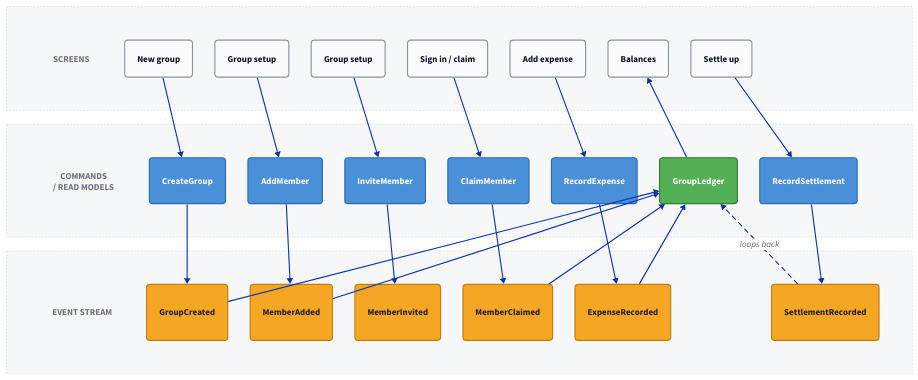
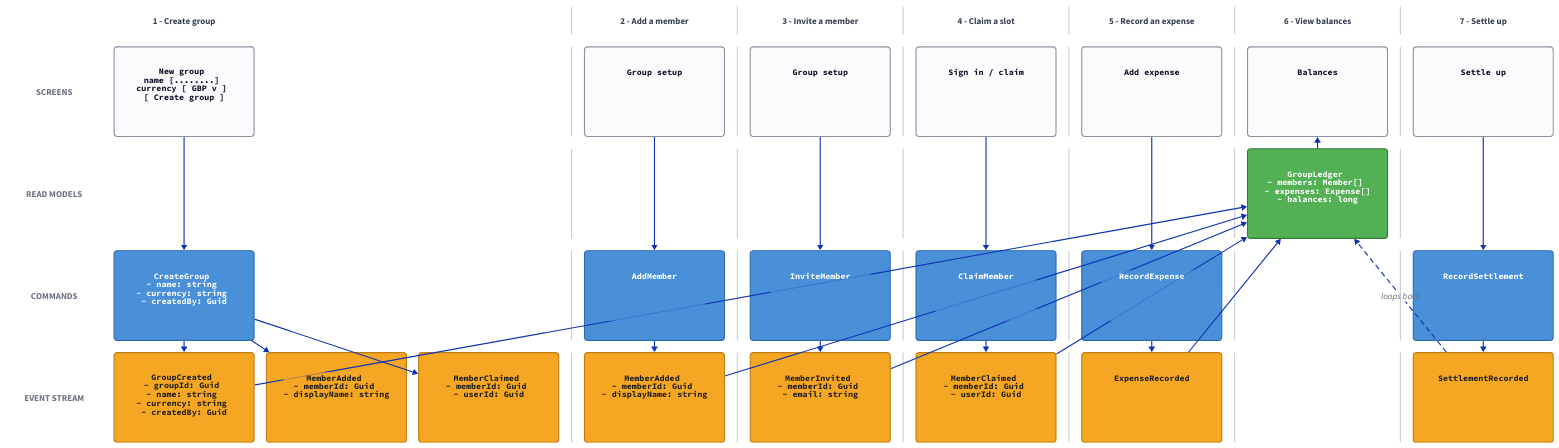
Before and after one commit to MartinFaartoft/share-expenses: the diagram in docs/event-model/happy-path.d2, drawn with D2. The commit also changed 6 other files, not shown here.

First line of the commit message:
Promote event model to YAML with a validating generator

```diff
--- a/docs/event-model/happy-path.d2
+++ b/docs/event-model/happy-path.d2
@@ -1,83 +1,158 @@
-# Event model - happy path
-# Lanes: SCREENS / COMMANDS+READ MODELS / EVENT STREAM.  Time runs left to right.
-# Each column is one slice, and every slice is exactly one pattern:
-#   command slice = screen -> command -> event
-#   view slice    = events -> read model -> screen
+# GENERATED from event-model.yaml by generate.py - do not edit.
+#
+# Rows: 1 slice names, 2 SCREENS, 3 READ MODELS, 4 COMMANDS, 5 EVENT STREAM.
+# Read models sit by the screens they feed and commands by the events they emit,
+# so the arrow for either pattern is only ever one row long.
+# Column 1 holds lane labels, slices are separated by a 2px divider column, and
+# every other column is one event slot: time runs left to right.
+
+grid-rows: 5
+horizontal-gap: 22
+vertical-gap: 22
 
 classes: {
-  lane: {
-    style: { fill: "#f6f7f9"; stroke: "#d0d4db"; stroke-dash: 3; stroke-width: 1 }
+  lanelabel: {
+    width: 170; height: 160
+    style: { fill: transparent; stroke-width: 0; font-color: "#6b7280"; bold: true }
   }
-  lanelabel: {
-    style: { fill: "#f6f7f9"; stroke-width: 0; font-color: "#6b7280"; bold: true }
+  slicename: {
+    width: 250; height: 50
+    style: { fill: transparent; stroke-width: 0; font-color: "#374151"; bold: true }
   }
-  spacer: { style: { opacity: 0 } }
+  lgapN: { width: 170;    height: 50;  style: { opacity: 0 } }
+  gapN:  { width: 250; height: 50;  style: { opacity: 0 } }
+  divN:  { width: 2;      height: 50;  style: { fill: "#c9ced8"; stroke-width: 0 } }
+  div:   { width: 2;      height: 160; style: { fill: "#c9ced8"; stroke-width: 0 } }
+  gap:   { width: 250; height: 160; style: { opacity: 0 } }
   screen: {
-    style: { fill: "#fbfbfd"; stroke: "#8c93a0"; stroke-width: 2; border-radius: 6 }
+    width: 250; height: 160
+    style: { font: mono; font-size: 15; fill: "#fbfbfd"; stroke: "#8c93a0"; stroke-width: 2; border-radius: 6 }
   }
   command: {
-    style: { fill: "#4a90d9"; stroke: "#2b6cb0"; font-color: "#ffffff"; border-radius: 6 }
+    width: 250; height: 160
+    style: { font: mono; font-size: 15; fill: "#4a90d9"; stroke: "#2b6cb0"; font-color: "#ffffff"; border-radius: 6 }
   }
   event: {
-    style: { fill: "#f5a623"; stroke: "#c07d12"; font-color: "#1f1f1f"; border-radius: 6 }
+    width: 250; height: 160
+    style: { font: mono; font-size: 15; fill: "#f5a623"; stroke: "#c07d12"; font-color: "#1f1f1f"; border-radius: 6 }
   }
   view: {
-    style: { fill: "#54b054"; stroke: "#357935"; font-color: "#ffffff"; border-radius: 6 }
+    width: 250; height: 160
+    style: { font: mono; font-size: 15; fill: "#54b054"; stroke: "#357935"; font-color: "#ffffff"; border-radius: 6 }
   }
 }
 
-grid-rows: 3
-horizontal-gap: 24
-vertical-gap: 24
+# ===== row 1: slice names =====
+q0: "" { class: lgapN }
+n0: "1 - Create group                        " { class: slicename }
+gpN0_1: "" { class: gapN }
+gpN0_2: "" { class: gapN }
+dvN1: "" { class: divN }
+n1: "2 - Add a member                        " { class: slicename }
+dvN2: "" { class: divN }
+n2: "3 - Invite a member                     " { class: slicename }
+dvN3: "" { class: divN }
+n3: "4 - Claim a slot                        " { class: slicename }
+dvN4: "" { class: divN }
+n4: "5 - Record an expense                   " { class: slicename }
+dvN5: "" { class: divN }
+n5: "6 - View balances                       " { class: slicename }
+dvN6: "" { class: divN }
+n6: "7 - Settle up                           " { class: slicename }
 
-ui: "" { class: lane
-  grid-columns: 8
-  lbl: "SCREENS"            { class: lanelabel }
-  s1:  "New group"          { class: screen }
-  s2:  "Group setup"        { class: screen }
-  s3:  "Group setup"        { class: screen }
-  s4:  "Sign in / claim"    { class: screen }
-  s5:  "Add expense"        { class: screen }
-  s6:  "Balances"           { class: screen }
-  s7:  "Settle up"          { class: screen }
-}
+# ===== row 2: screens =====
+l2: "SCREENS" { class: lanelabel }
+s0: "New group            \n                     \nname      [........] \ncurrency  [ GBP  v ] \n                     \n  [ Create group ]   " { class: screen }
+gp2_0_1: "" { class: gap }
+gp2_0_2: "" { class: gap }
+dv2_1: "" { class: div }
+s1: "Group setup          \n                     \n                     \n                     \n                     \n                     " { class: screen }
+dv2_2: "" { class: div }
+s2: "Group setup          \n                     \n                     \n                     \n                     \n                     " { class: screen }
+dv2_3: "" { class: div }
+s3: "Sign in / claim      \n                     \n                     \n                     \n                     \n                     " { class: screen }
+dv2_4: "" { class: div }
+s4: "Add expense          \n                     \n                     \n                     \n                     \n                     " { class: screen }
+dv2_5: "" { class: div }
+s5: "Balances             \n                     \n                     \n                     \n                     \n                     " { class: screen }
+dv2_6: "" { class: div }
+s6: "Settle up            \n                     \n                     \n                     \n                     \n                     " { class: screen }
 
-mid: "" { class: lane
-  grid-columns: 8
-  lbl: "COMMANDS\n/ READ MODELS" { class: lanelabel }
-  c1:  "CreateGroup"        { class: command }
-  c2:  "AddMember"          { class: command }
-  c3:  "InviteMember"       { class: command }
-  c4:  "ClaimMember"        { class: command }
-  c5:  "RecordExpense"      { class: command }
-  v6:  "GroupLedger"        { class: view }
-  c7:  "RecordSettlement"   { class: command }
-}
+# ===== row 3: read models =====
+l3: "READ MODELS" { class: lanelabel }
+gp3_0: "" { class: gap }
+gp3_0_1: "" { class: gap }
+gp3_0_2: "" { class: gap }
+dv3_1: "" { class: div }
+gp3_1: "" { class: gap }
+dv3_2: "" { class: div }
+gp3_2: "" { class: gap }
+dv3_3: "" { class: div }
+gp3_3: "" { class: gap }
+dv3_4: "" { class: div }
+gp3_4: "" { class: gap }
+dv3_5: "" { class: div }
+rm5: "GroupLedger          \n                     \n- members: Member[]  \n- expenses: Expense[]\n- balances: long     \n                     " { class: view }
+dv3_6: "" { class: div }
+gp3_6: "" { class: gap }
 
-stream: "" { class: lane
-  grid-columns: 8
-  lbl: "EVENT STREAM"       { class: lanelabel }
-  e1:  "GroupCreated"       { class: event }
-  e2:  "MemberAdded"        { class: event }
-  e3:  "MemberInvited"      { class: event }
-  e4:  "MemberClaimed"      { class: event }
-  e5:  "ExpenseRecorded"    { class: event }
-  x6:  ""                   { class: spacer }
-  e7:  "SettlementRecorded" { class: event }
-}
+# ===== row 4: commands =====
+l4: "COMMANDS" { class: lanelabel }
+c0: "CreateGroup          \n                     \n- name: string       \n- currency: string   \n- createdBy: Guid    \n                     " { class: command }
+gp4_0_1: "" { class: gap }
+gp4_0_2: "" { class: gap }
+dv4_1: "" { class: div }
+c1: "AddMember            \n                     \n                     \n                     \n                     \n                     " { class: command }
+dv4_2: "" { class: div }
+c2: "InviteMember         \n                     \n                     \n                     \n                     \n                     " { class: command }
+dv4_3: "" { class: div }
+c3: "ClaimMember          \n                     \n                     \n                     \n                     \n                     " { class: command }
+dv4_4: "" { class: div }
+c4: "RecordExpense        \n                     \n                     \n                     \n                     \n                     " { class: command }
+dv4_5: "" { class: div }
+gp4_5: "" { class: gap }
+dv4_6: "" { class: div }
+c6: "RecordSettlement     \n                     \n                     \n                     \n                     \n                     " { class: command }
 
-# --- command slices: screen -> command -> event
-ui.s1 -> mid.c1 -> stream.e1
-ui.s2 -> mid.c2 -> stream.e2
-ui.s3 -> mid.c3 -> stream.e3
-ui.s4 -> mid.c4 -> stream.e4
-ui.s5 -> mid.c5 -> stream.e5
-ui.s7 -> mid.c7 -> stream.e7
+# ===== row 5: event stream =====
+l5: "EVENT STREAM" { class: lanelabel }
+e0_0: "GroupCreated         \n                     \n- groupId: Guid      \n- name: string       \n- currency: string   \n- createdBy: Guid    " { class: event }
+e0_1: "MemberAdded          \n                     \n- memberId: Guid     \n- displayName: string\n                     \n                     " { class: event }
+e0_2: "MemberClaimed        \n                     \n- memberId: Guid     \n- userId: Guid       \n                     \n                     " { class: event }
+dv5_1: "" { class: div }
+e1_0: "MemberAdded          \n                     \n- memberId: Guid     \n- displayName: string\n                     \n                     " { class: event }
+dv5_2: "" { class: div }
+e2_0: "MemberInvited        \n                     \n- memberId: Guid     \n- email: string      \n                     \n                     " { class: event }
+dv5_3: "" { class: div }
+e3_0: "MemberClaimed        \n                     \n- memberId: Guid     \n- userId: Guid       \n                     \n                     " { class: event }
+dv5_4: "" { class: div }
+e4_0: "ExpenseRecorded      \n                     \n                     \n                     \n                     \n                     " { class: event }
+dv5_5: "" { class: div }
+gp5_5: "" { class: gap }
+dv5_6: "" { class: div }
+e6_0: "SettlementRecorded   \n                     \n                     \n                     \n                     \n                     " { class: event }
 
-# --- view slice: events -> read model -> screen
-stream.e1 -> mid.v6
-stream.e2 -> mid.v6
-stream.e4 -> mid.v6
-stream.e5 -> mid.v6
-stream.e7 -> mid.v6: "loops back" { style.stroke-dash: 4 }
-mid.v6 -> ui.s6
+# --- command slices: screen -> command -> event(s)
+s0 -> c0
+c0 -> e0_0
+c0 -> e0_1
+c0 -> e0_2
+s1 -> c1
+c1 -> e1_0
+s2 -> c2
+c2 -> e2_0
+s3 -> c3
+c3 -> e3_0
+s4 -> c4
+c4 -> e4_0
+s6 -> c6
+c6 -> e6_0
+
+# --- view slices: events -> read model -> screen
+e0_0 -> rm5
+e1_0 -> rm5
+e2_0 -> rm5
+e3_0 -> rm5
+e4_0 -> rm5
+e6_0 -> rm5: "loops back" { style.stroke-dash: 4 }
+rm5 -> s5
```
